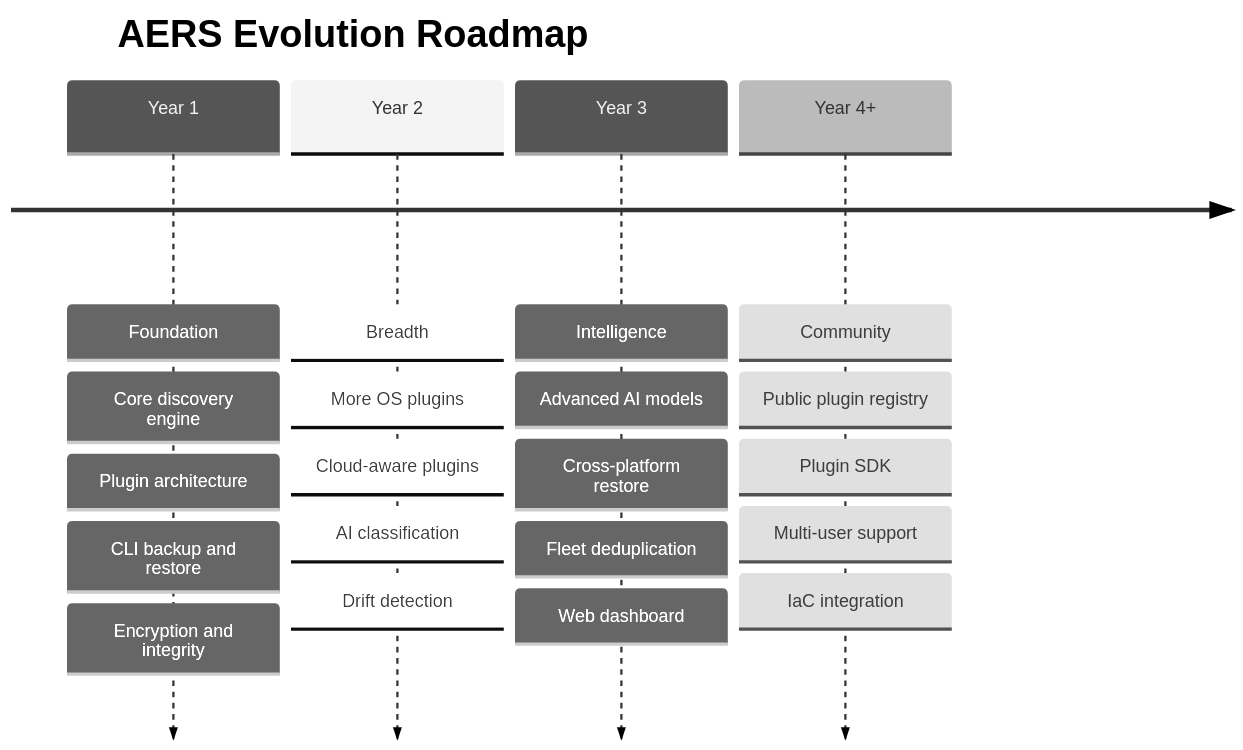
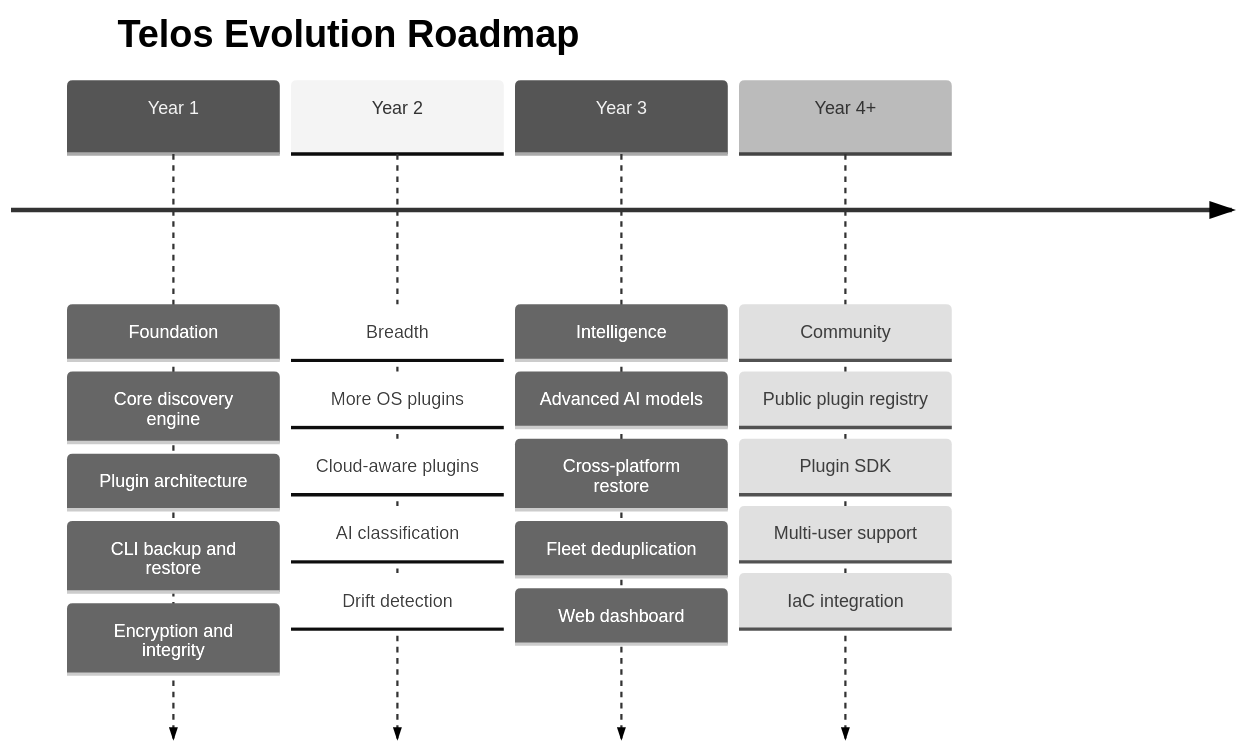
The third of 3 diagrams in docs/00_Vision.md (temanhattan/Telos), drawn with Mermaid (neutral theme) before and after one commit. The commit also changed other lines of this file and 25 other files, not shown here.

````diff
--- a/docs/00_Vision.md
+++ b/docs/00_Vision.md
@@ -381,24 +406,24 @@
 ```mermaid
 timeline
-    title AERS Evolution Roadmap
+    title Telos Evolution Roadmap
     Year 1 : Foundation
            : Core discovery engine
            : Plugin architecture
            : CLI backup and restore
            : Encryption and integrity
     Year 2 : Breadth
            : More OS plugins
            : Cloud-aware plugins
            : AI classification
            : Drift detection
     Year 3 : Intelligence
            : Advanced AI models
            : Cross-platform restore
            : Fleet deduplication
            : Web dashboard
     Year 4+ : Community
             : Public plugin registry
             : Plugin SDK
             : Multi-user support
             : IaC integration
 ```
````
